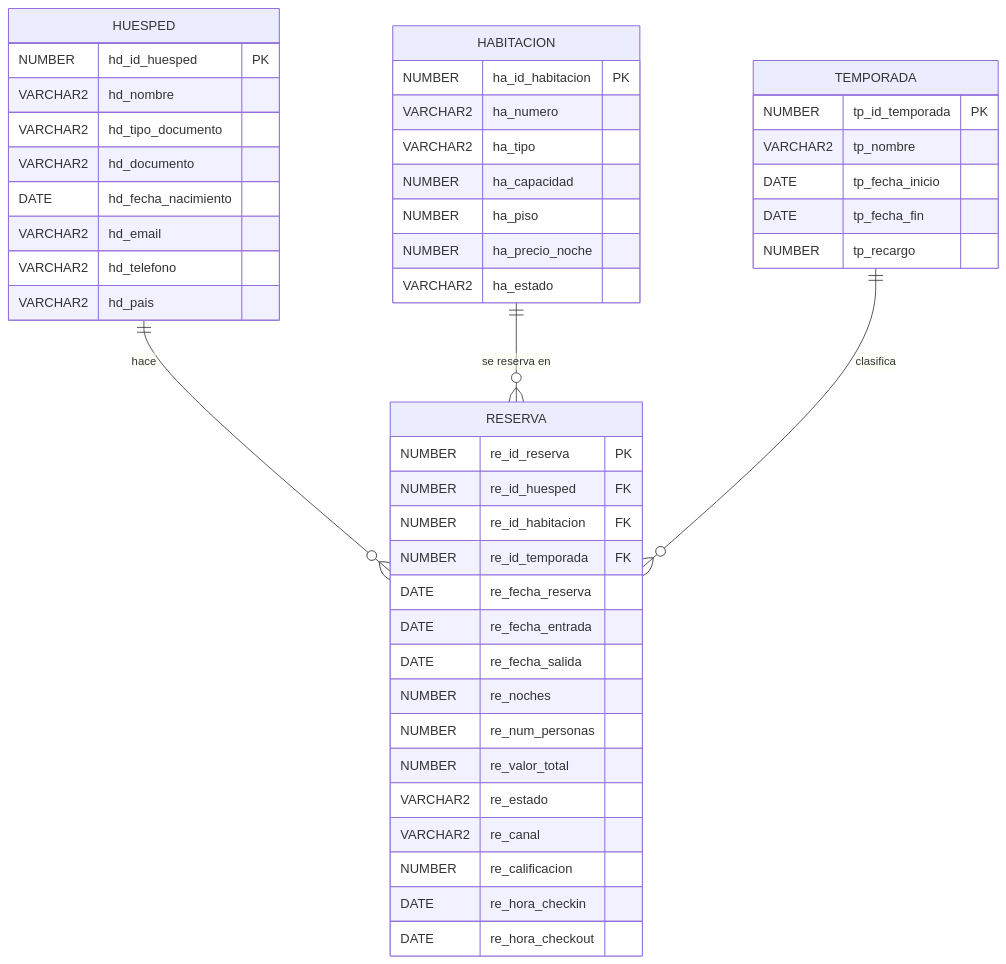
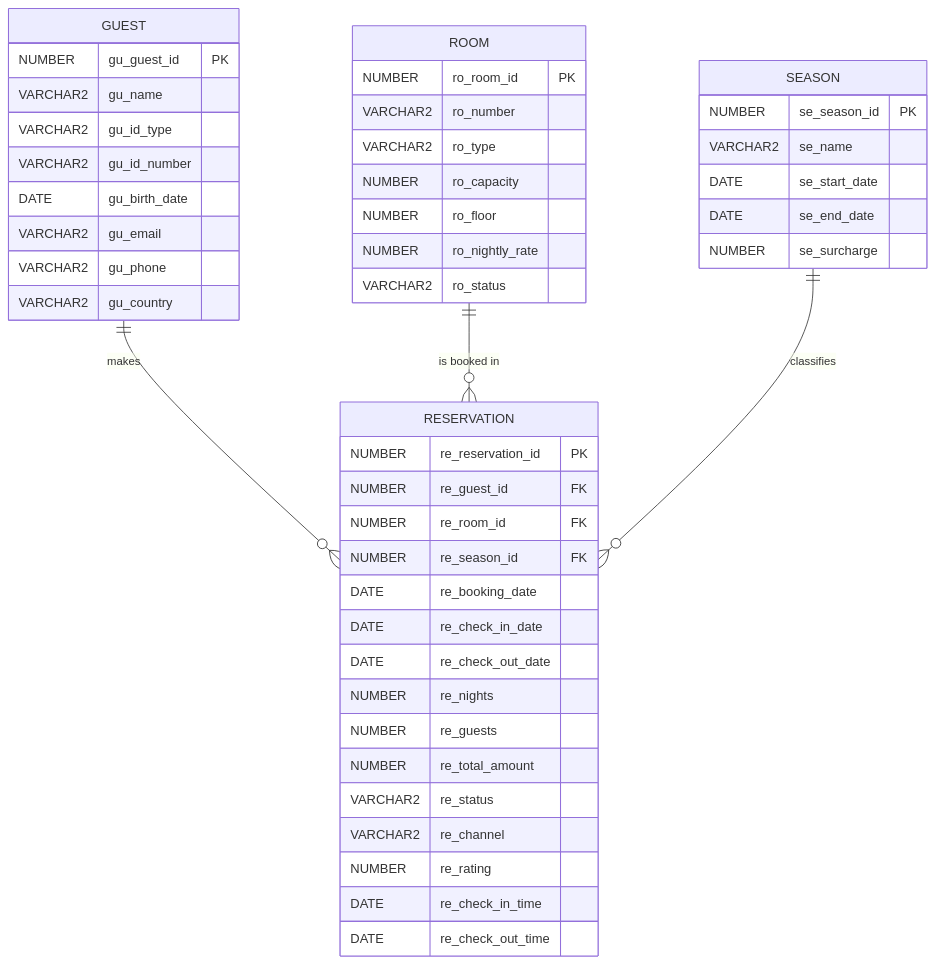
One commit to shenaoferna/celosia-hotel-BI changed the first of 2 diagrams in README.md. Above: the diagram before and after it, drawn with Mermaid. The commit also changed other lines of this file and 45 other files, not shown here.

````diff
--- a/README.md
+++ b/README.md
@@ -45,50 +105,50 @@
 ```mermaid
 erDiagram
-    HUESPED ||--o{ RESERVA : "hace"
-    HABITACION ||--o{ RESERVA : "se reserva en"
-    TEMPORADA ||--o{ RESERVA : "clasifica"
+    GUEST ||--o{ RESERVATION : "makes"
+    ROOM ||--o{ RESERVATION : "is booked in"
+    SEASON ||--o{ RESERVATION : "classifies"
 
-    HUESPED {
-        NUMBER hd_id_huesped PK
-        VARCHAR2 hd_nombre
-        VARCHAR2 hd_tipo_documento
-        VARCHAR2 hd_documento
-        DATE hd_fecha_nacimiento
-        VARCHAR2 hd_email
-        VARCHAR2 hd_telefono
-        VARCHAR2 hd_pais
+    GUEST {
+        NUMBER gu_guest_id PK
+        VARCHAR2 gu_name
+        VARCHAR2 gu_id_type
+        VARCHAR2 gu_id_number
+        DATE gu_birth_date
+        VARCHAR2 gu_email
+        VARCHAR2 gu_phone
+        VARCHAR2 gu_country
     }
-    HABITACION {
-        NUMBER ha_id_habitacion PK
-        VARCHAR2 ha_numero
-        VARCHAR2 ha_tipo
-        NUMBER ha_capacidad
-        NUMBER ha_piso
-        NUMBER ha_precio_noche
-        VARCHAR2 ha_estado
+    ROOM {
+        NUMBER ro_room_id PK
+        VARCHAR2 ro_number
+        VARCHAR2 ro_type
+        NUMBER ro_capacity
+        NUMBER ro_floor
+        NUMBER ro_nightly_rate
+        VARCHAR2 ro_status
     }
-    TEMPORADA {
-        NUMBER tp_id_temporada PK
-        VARCHAR2 tp_nombre
-        DATE tp_fecha_inicio
-        DATE tp_fecha_fin
-        NUMBER tp_recargo
+    SEASON {
+        NUMBER se_season_id PK
+        VARCHAR2 se_name
+        DATE se_start_date
+        DATE se_end_date
+        NUMBER se_surcharge
     }
-    RESERVA {
-        NUMBER re_id_reserva PK
-        NUMBER re_id_huesped FK
-        NUMBER re_id_habitacion FK
-        NUMBER re_id_temporada FK
-        DATE re_fecha_reserva
-        DATE re_fecha_entrada
-        DATE re_fecha_salida
-        NUMBER re_noches
-        NUMBER re_num_personas
-        NUMBER re_valor_total
-        VARCHAR2 re_estado
-        VARCHAR2 re_canal
-        NUMBER re_calificacion
-        DATE re_hora_checkin
-        DATE re_hora_checkout
+    RESERVATION {
+        NUMBER re_reservation_id PK
+        NUMBER re_guest_id FK
+        NUMBER re_room_id FK
+        NUMBER re_season_id FK
+        DATE re_booking_date
+        DATE re_check_in_date
+        DATE re_check_out_date
+        NUMBER re_nights
+        NUMBER re_guests
+        NUMBER re_total_amount
+        VARCHAR2 re_status
+        VARCHAR2 re_channel
+        NUMBER re_rating
+        DATE re_check_in_time
+        DATE re_check_out_time
     }
 ```
````
